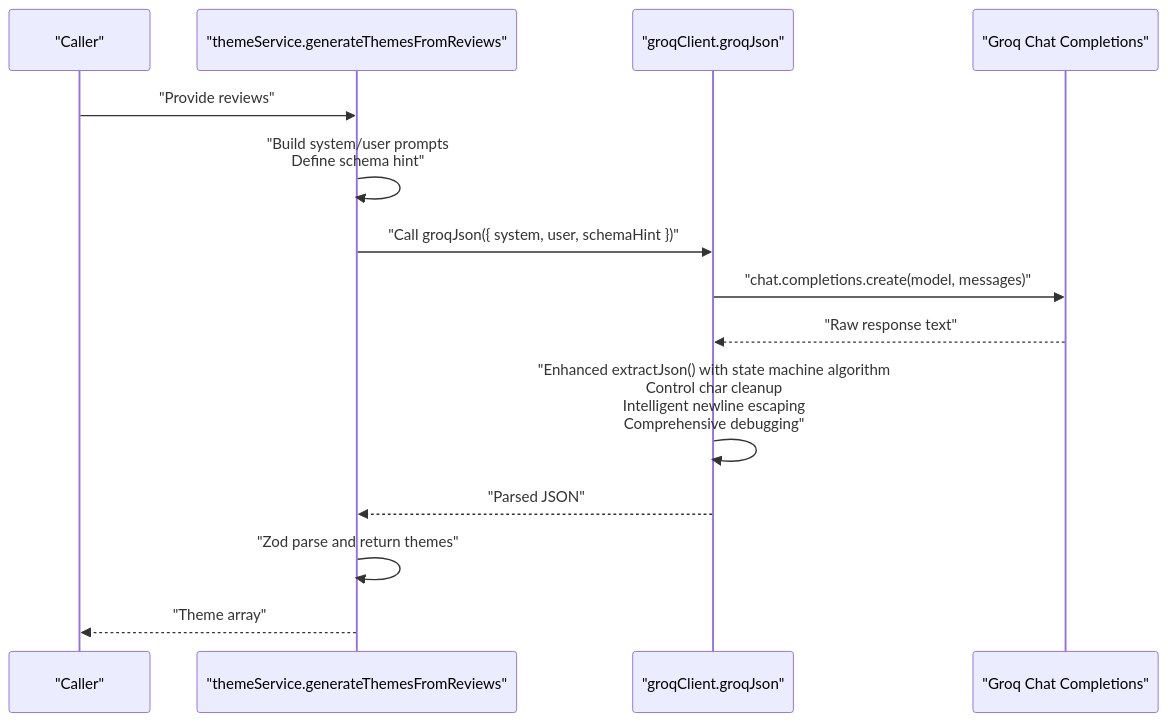
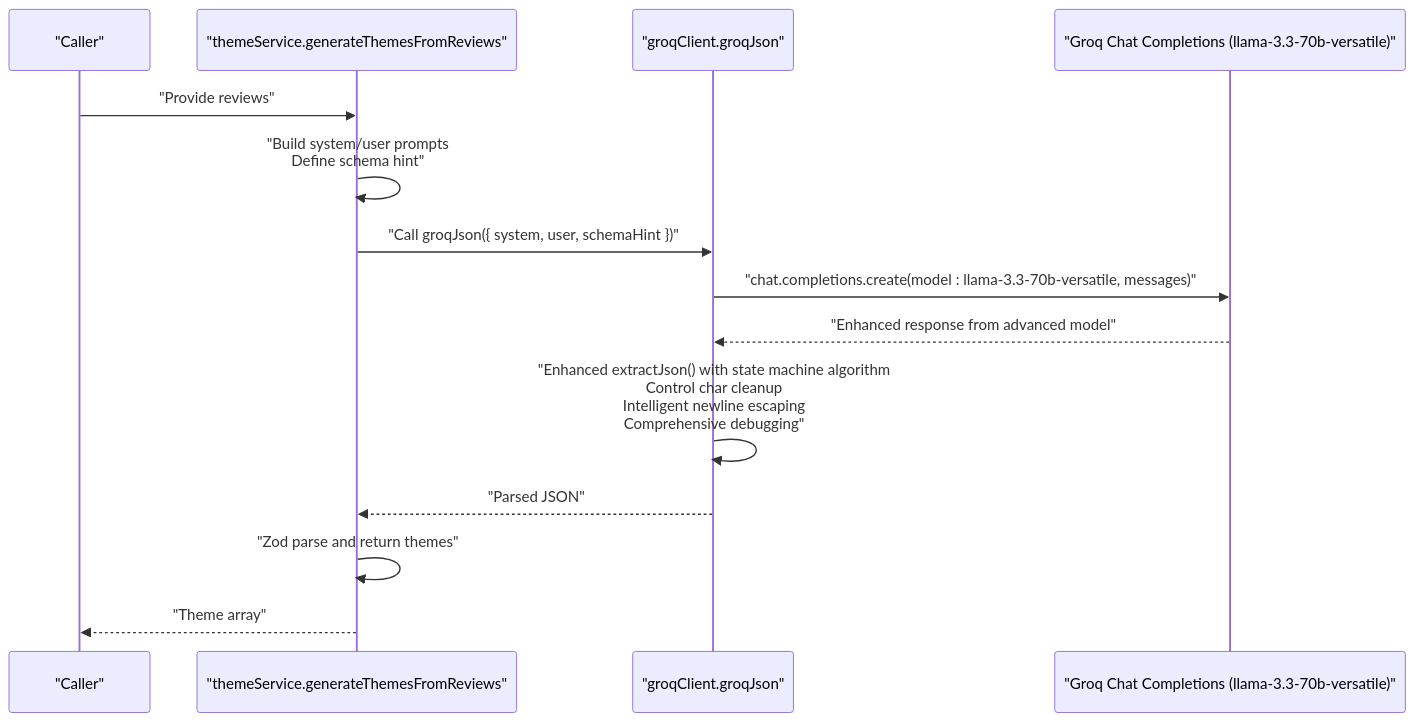
The second of 10 diagrams in .qoder/repowiki/en/content/Phase 2_ Advanced Analytics & Automation/LLM Integration with Groq.md (aravinthraj-ramalingam/Groww-App-Review-Insights-Analyzer-), drawn with Mermaid before and after one commit. The commit also changed other lines of this file and 10 other files, not shown here.

````diff
--- a/.qoder/repowiki/en/content/Phase 2_ Advanced Analytics & Automation/LLM Integration with Groq.md
+++ b/.qoder/repowiki/en/content/Phase 2_ Advanced Analytics & Automation/LLM Integration with Groq.md
@@ -119,16 +118,16 @@
 ```mermaid
 sequenceDiagram
 participant Client as "Caller"
 participant ThemeSvc as "themeService.generateThemesFromReviews"
 participant GroqCli as "groqClient.groqJson"
-participant GroqAPI as "Groq Chat Completions"
+participant GroqAPI as "Groq Chat Completions (llama-3.3-70b-versatile)"
 Client->>ThemeSvc : "Provide reviews"
 ThemeSvc->>ThemeSvc : "Build system/user prompts<br/>Define schema hint"
 ThemeSvc->>GroqCli : "Call groqJson({ system, user, schemaHint })"
-GroqCli->>GroqAPI : "chat.completions.create(model, messages)"
-GroqAPI-->>GroqCli : "Raw response text"
+GroqCli->>GroqAPI : "chat.completions.create(model : llama-3.3-70b-versatile, messages)"
+GroqAPI-->>GroqCli : "Enhanced response from advanced model"
 GroqCli->>GroqCli : "Enhanced extractJson() with state machine algorithm<br/>Control char cleanup<br/>Intelligent newline escaping<br/>Comprehensive debugging"
 GroqCli-->>ThemeSvc : "Parsed JSON"
 ThemeSvc->>ThemeSvc : "Zod parse and return themes"
 ThemeSvc-->>Client : "Theme array"
 ```
````
